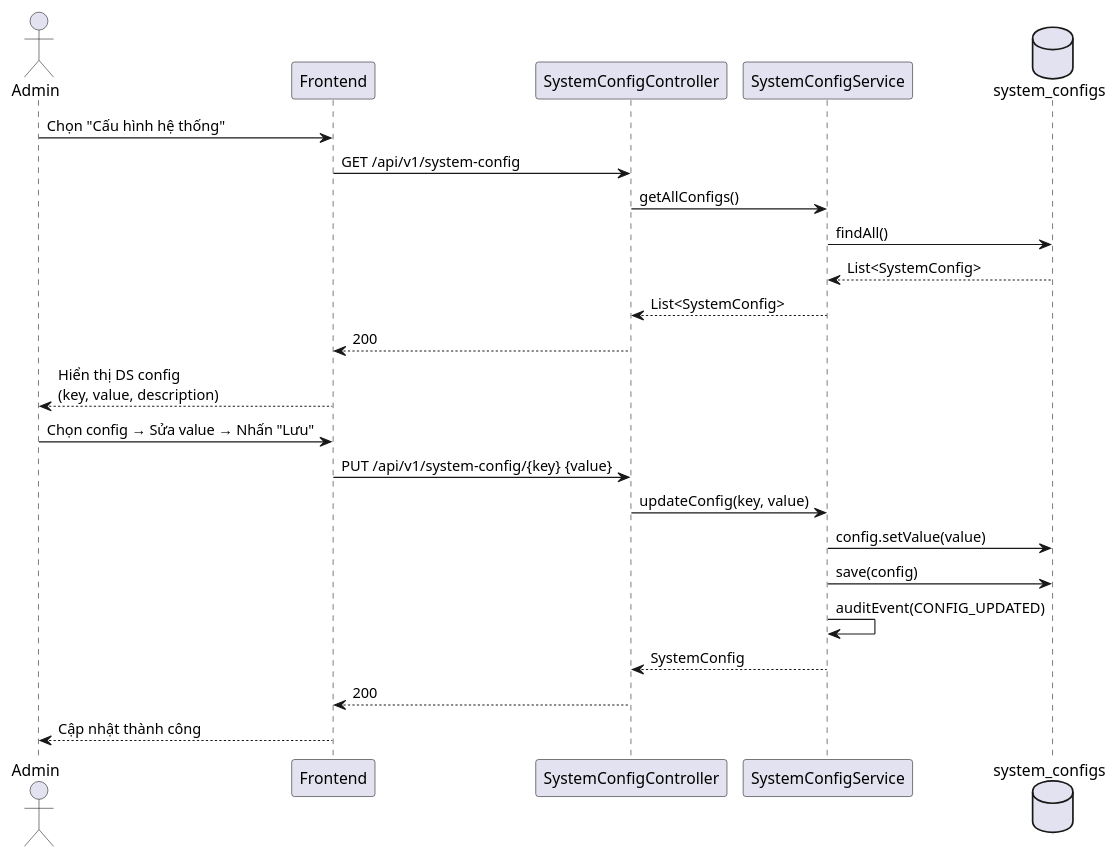
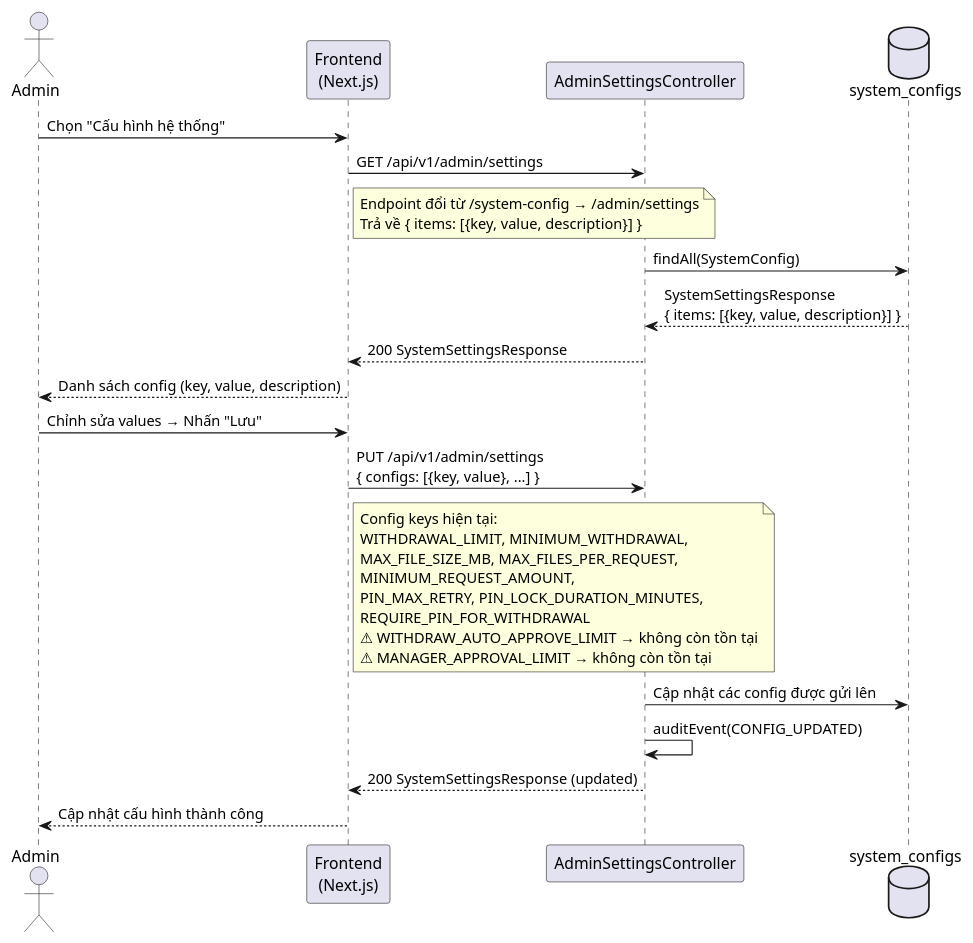
Before and after one commit to Quoosc/INTERNAL_FINANCIAL_CASHFLOW_MANAGEMENT_SYSTEM_USING_INTERNAL_WALLET_MODEL_FRONTEND: the diagram in docs/diagrams/sequence/UC-ADM-05_ManageSystemSettings.puml, drawn with PlantUML. The commit also changed 55 other files, not shown here.

```diff
--- a/docs/diagrams/sequence/UC-ADM-05_ManageSystemSettings.puml
+++ b/docs/diagrams/sequence/UC-ADM-05_ManageSystemSettings.puml
@@ -1,28 +1,36 @@
-@startuml UC-ADM-05: Manage System Settings
+@startuml
 
 actor "Admin" as Adm
-participant "Frontend" as FE
-participant "SystemConfigController" as API
-participant "SystemConfigService" as Svc
+participant "Frontend\n(Next.js)" as FE
+participant "AdminSettingsController" as API
 database "system_configs" as DB
 
 Adm -> FE: Chọn "Cấu hình hệ thống"
-FE -> API: GET /api/v1/system-config
-API -> Svc: getAllConfigs()
-Svc -> DB: findAll()
-DB --> Svc: List<SystemConfig>
-Svc --> API: List<SystemConfig>
-API --> FE: 200
-FE --> Adm: Hiển thị DS config\n(key, value, description)
+FE -> API: GET /api/v1/admin/settings
+note right of FE
+  Endpoint đổi từ /system-config → /admin/settings
+  Trả về { items: [{key, value, description}] }
+end note
+API -> DB: findAll(SystemConfig)
+DB --> API: SystemSettingsResponse\n{ items: [{key, value, description}] }
+API --> FE: 200 SystemSettingsResponse
+FE --> Adm: Danh sách config (key, value, description)
 
-Adm -> FE: Chọn config → Sửa value → Nhấn "Lưu"
-FE -> API: PUT /api/v1/system-config/{key} {value}
-API -> Svc: updateConfig(key, value)
-Svc -> DB: config.setValue(value)
-Svc -> DB: save(config)
-Svc -> Svc: auditEvent(CONFIG_UPDATED)
-Svc --> API: SystemConfig
-API --> FE: 200
-FE --> Adm: Cập nhật thành công
+Adm -> FE: Chỉnh sửa values → Nhấn "Lưu"
+FE -> API: PUT /api/v1/admin/settings\n{ configs: [{key, value}, ...] }
+note right of FE
+  Config keys hiện tại:
+  WITHDRAWAL_LIMIT, MINIMUM_WITHDRAWAL,
+  MAX_FILE_SIZE_MB, MAX_FILES_PER_REQUEST,
+  MINIMUM_REQUEST_AMOUNT,
+  PIN_MAX_RETRY, PIN_LOCK_DURATION_MINUTES,
+  REQUIRE_PIN_FOR_WITHDRAWAL
+  ⚠ WITHDRAW_AUTO_APPROVE_LIMIT → không còn tồn tại
+  ⚠ MANAGER_APPROVAL_LIMIT → không còn tồn tại
+end note
+API -> DB: Cập nhật các config được gửi lên
+API -> API: auditEvent(CONFIG_UPDATED)
+API --> FE: 200 SystemSettingsResponse (updated)
+FE --> Adm: Cập nhật cấu hình thành công
 
 @enduml
```
